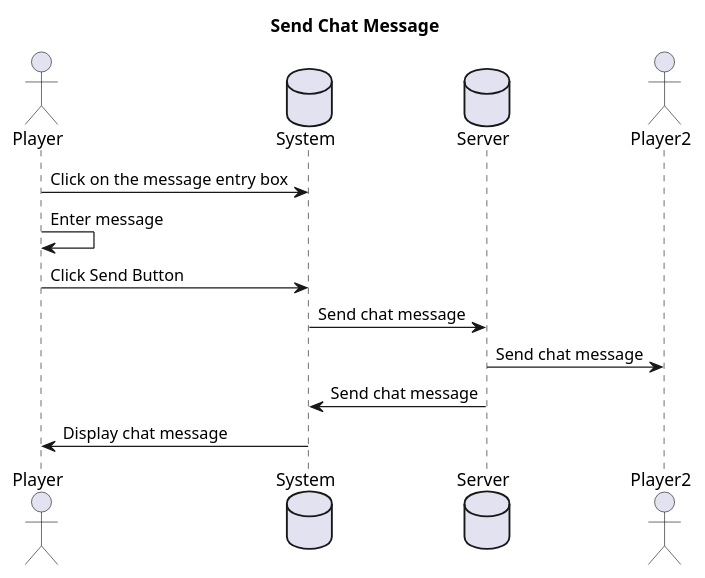
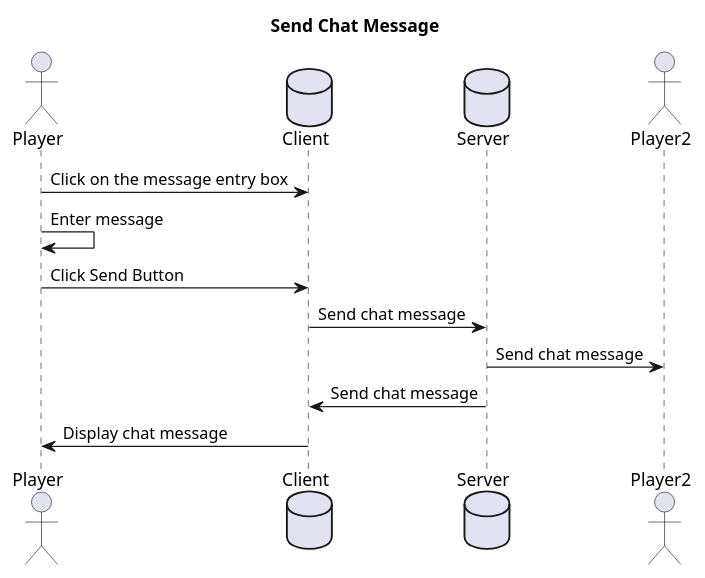
Before and after one commit to TINF21CS1/TicTacToeKojote: the diagram in docs/sequence_diagrams/send_chat.puml, drawn with PlantUML. The commit also changed 8 other files, not shown here.

Commit message:
Docs(sequence_diagrams): Renamed Server to Client to fit language in other docs

```diff
--- a/docs/sequence_diagrams/send_chat.puml
+++ b/docs/sequence_diagrams/send_chat.puml
@@ -1,17 +1,17 @@
 @startuml
 title Send Chat Message
 
 actor Player as p
-database System
+database Client
 database Server as s
 actor Player2 as p2
 
-p->System: Click on the message entry box
+p->Client: Click on the message entry box
 p->p: Enter message
-p->System: Click Send Button
-System->s: Send chat message
+p->Client: Click Send Button
+Client->s: Send chat message
 s->p2: Send chat message
-s-> System: Send chat message
-System->p: Display chat message
+s-> Client: Send chat message
+Client->p: Display chat message
 
 @enduml
```
